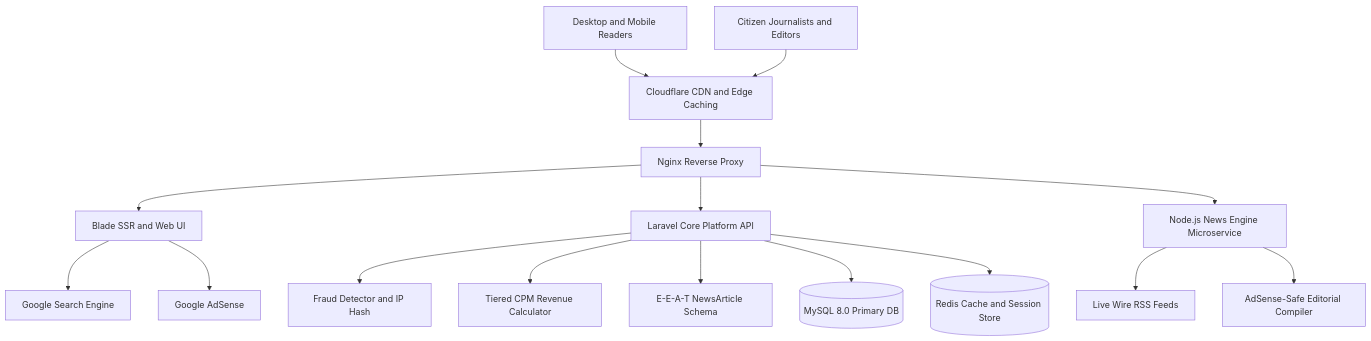
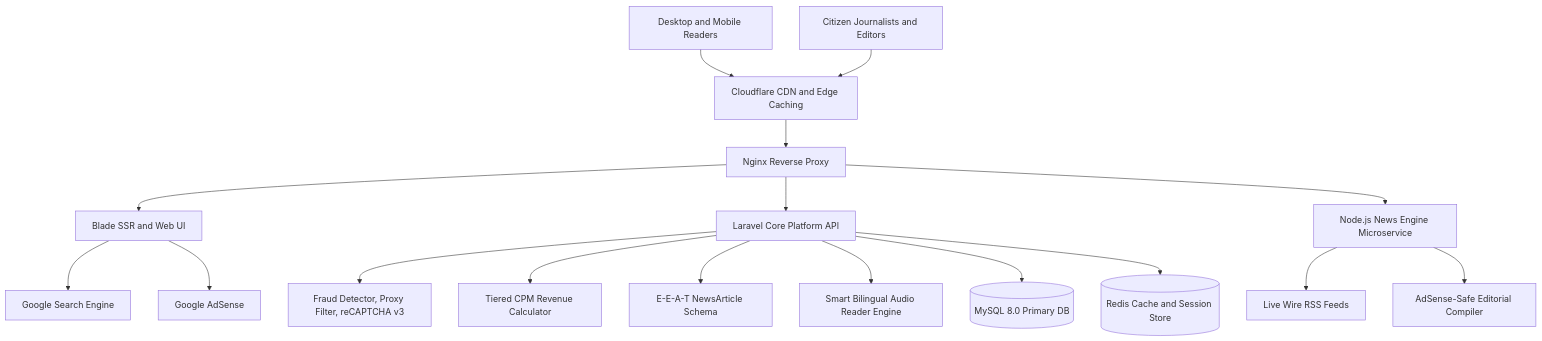
Before and after one commit to shajibsikder/jagatbarta-platform: the diagram in README.md, drawn with Mermaid. The commit also changed other lines of this file and 7 other files, not shown here.

First line of the commit message:
feat(core): implement smart audio engine, proxy mitigation shield, and update architecture docs

````diff
--- a/README.md
+++ b/README.md
@@ -24,23 +25,24 @@
 ```mermaid
 graph TD
     Readers[Desktop and Mobile Readers] --> Edge[Cloudflare CDN and Edge Caching]
     Authors[Citizen Journalists and Editors] --> Edge
     Edge --> Nginx[Nginx Reverse Proxy]
 
     Nginx --> Presentation[Blade SSR and Web UI]
     Nginx --> PlatformAPI[Laravel Core Platform API]
     Nginx --> NewsEngine[Node.js News Engine Microservice]
 
     NewsEngine --> Feeds[Live Wire RSS Feeds]
     NewsEngine --> PromptGen[AdSense-Safe Editorial Compiler]
 
-    PlatformAPI --> FraudShield[Fraud Detector and IP Hash]
+    PlatformAPI --> FraudShield[Fraud Detector, Proxy Filter, reCAPTCHA v3]
     PlatformAPI --> CpmEngine[Tiered CPM Revenue Calculator]
     PlatformAPI --> SchemaGen[E-E-A-T NewsArticle Schema]
+    PlatformAPI --> AudioReader[Smart Bilingual Audio Reader Engine]
 
     PlatformAPI --> MySQL[(MySQL 8.0 Primary DB)]
     PlatformAPI --> Redis[(Redis Cache and Session Store)]
 
     Presentation --> GoogleBot[Google Search Engine]
     Presentation --> AdSense[Google AdSense]
 ```
````
